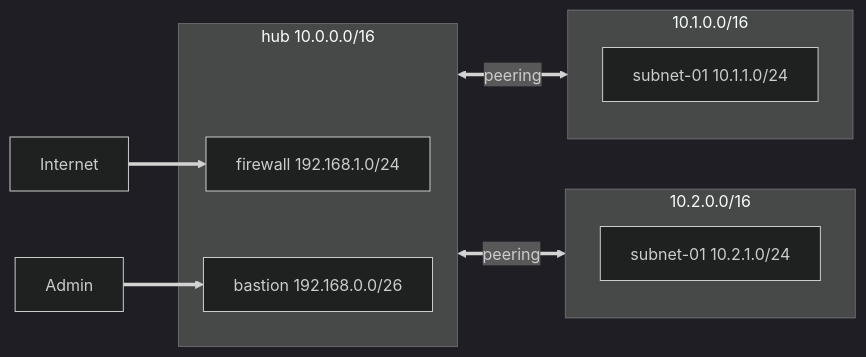
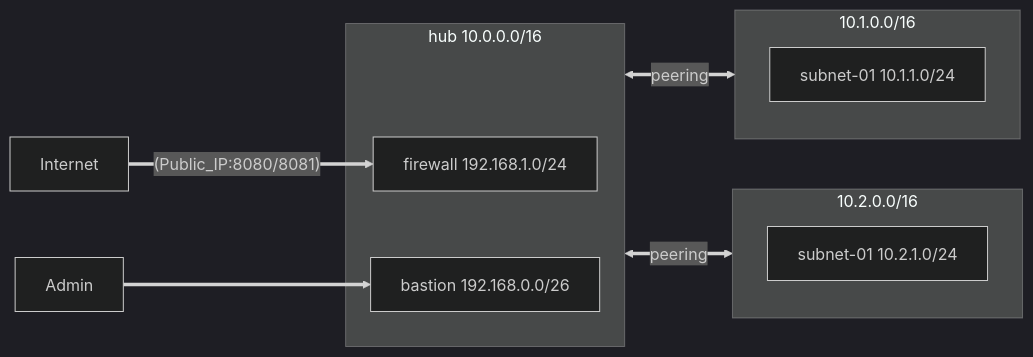
Before and after one commit to sebarb/terraform-azurerm-hub-and-spoke-firewall: the diagram in README.md, drawn with Mermaid (dark theme). The commit also changed other lines of this file and 12 other files, not shown here.

````diff
--- a/README.md
+++ b/README.md
@@ -25,21 +25,21 @@
 ```mermaid
 graph LR
 subgraph hub ["hub 10.0.0.0/16"]
 firewall["firewall 192.168.1.0/24"]
 bastion["bastion 192.168.0.0/26"]
 end
 
 subgraph spoke1 ["10.1.0.0/16"]
 subnet-01["subnet-01 10.1.1.0/24"]
 end
 
 subgraph spoke2 ["10.2.0.0/16"]
 subnet-02["subnet-01 10.2.1.0/24"]
 
 end
 
 hub <== peering ==>spoke1
 hub <== peering ==>spoke2
 Admin ==>bastion
-Internet==>firewall
+Internet== (Public_IP:8080/8081) ==>firewall
 ```
````
